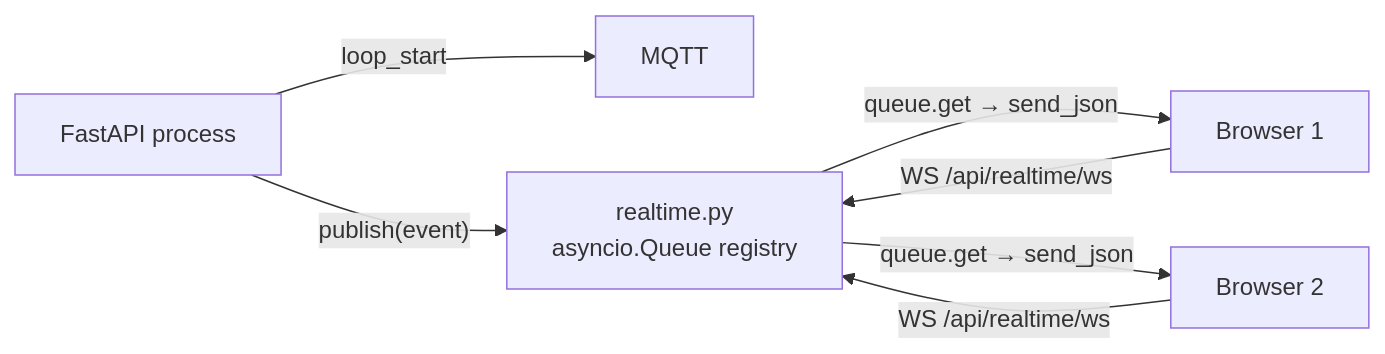
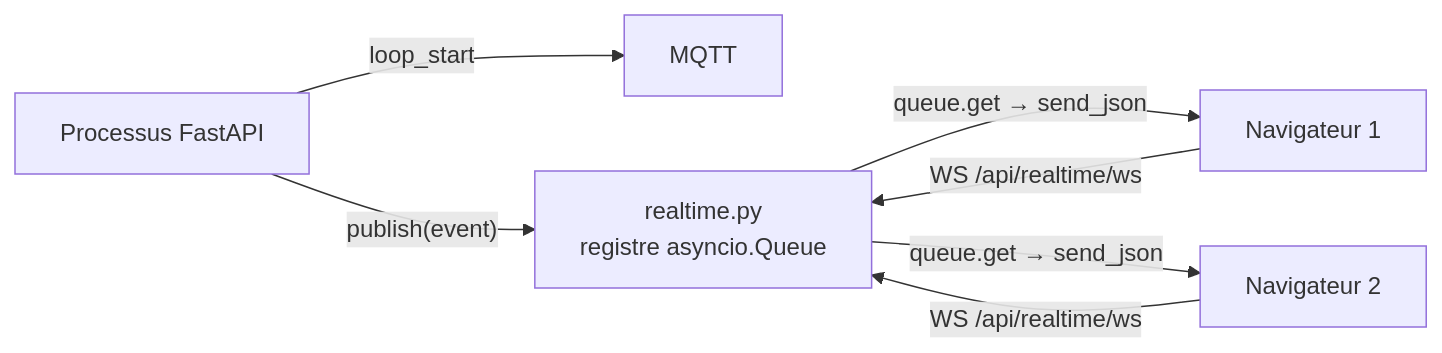
One commit to t4lhawi/MedAssist-AI changed the fourth of 6 diagrams in docs/architecture.md. Above: the diagram before and after it, drawn with Mermaid. The commit also changed other lines of this file and 9 other files, not shown here.

````diff
--- a/docs/architecture.md
+++ b/docs/architecture.md
@@ -144,9 +144,9 @@
 ```mermaid
 flowchart LR
-  BE[FastAPI process] -- "loop_start" --> MQTT
-  BE -- "publish(event)" --> RT[realtime.py<br/>asyncio.Queue registry]
-  FE1[Browser 1] -- "WS /api/realtime/ws" --> RT
-  FE2[Browser 2] -- "WS /api/realtime/ws" --> RT
+  BE[Processus FastAPI] -- "loop_start" --> MQTT
+  BE -- "publish(event)" --> RT[realtime.py<br/>registre asyncio.Queue]
+  FE1[Navigateur 1] -- "WS /api/realtime/ws" --> RT
+  FE2[Navigateur 2] -- "WS /api/realtime/ws" --> RT
   RT -- "queue.get → send_json" --> FE1
   RT -- "queue.get → send_json" --> FE2
 ```
````
